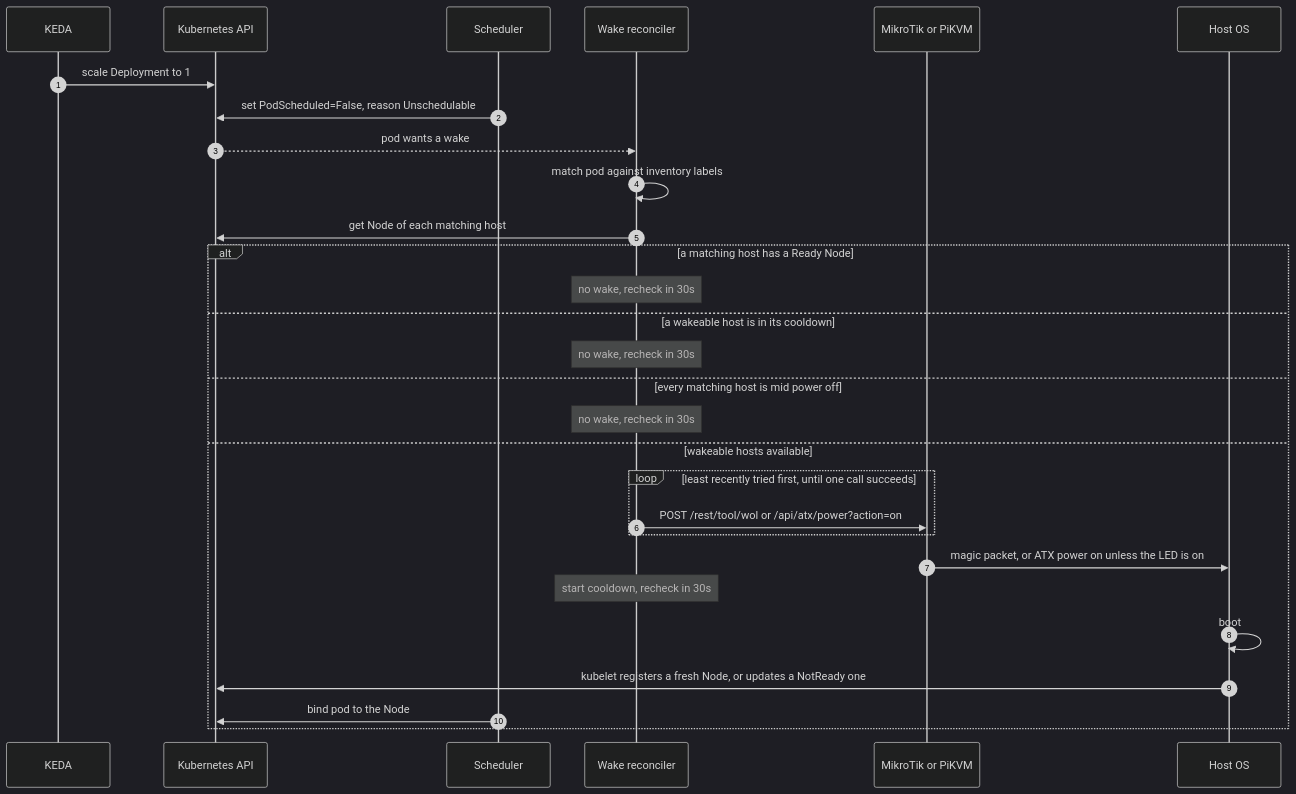
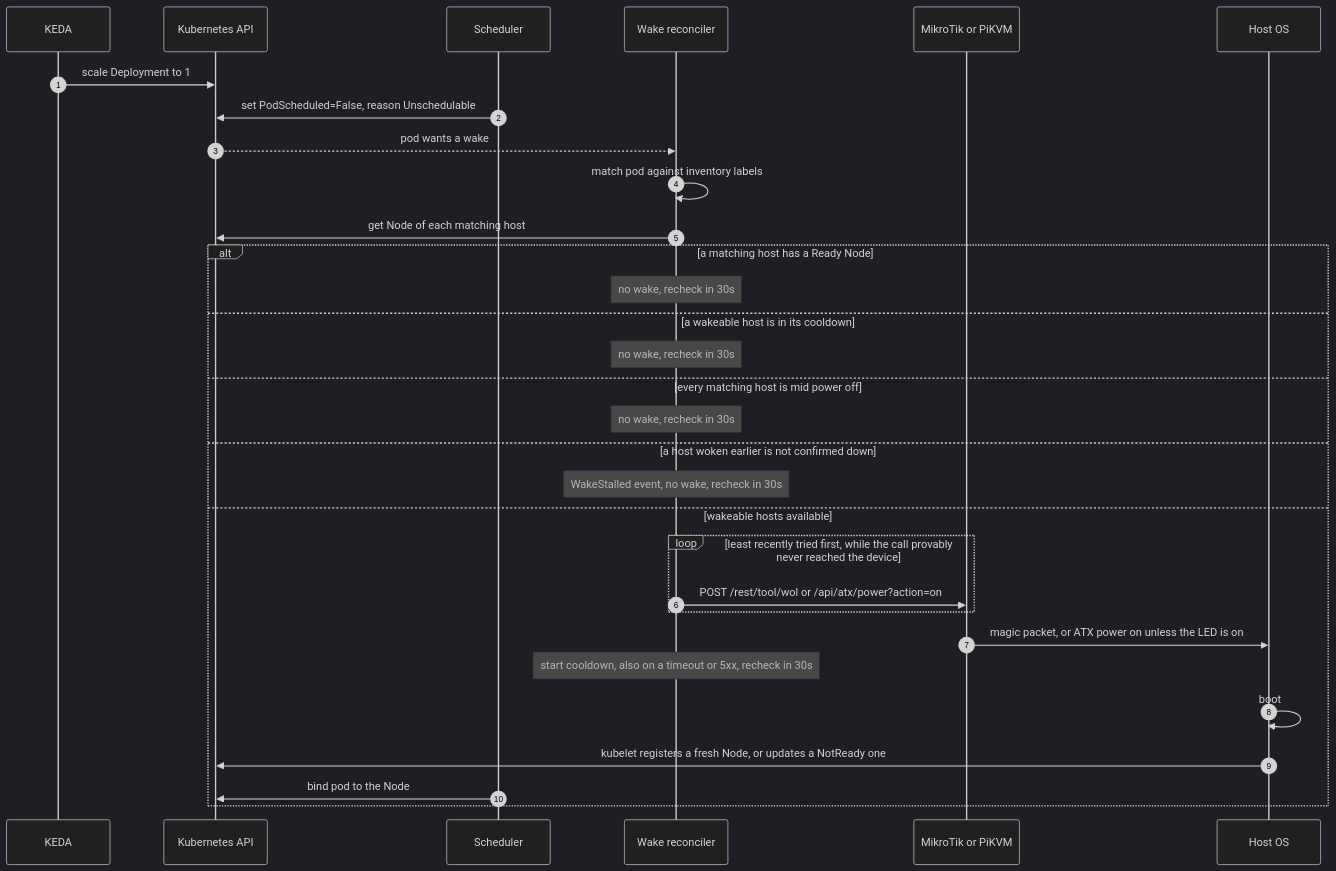
Before and after one commit to kiemlicz/nekromancer: the sixth of 6 diagrams in docs/how-it-works.md, drawn with Mermaid (dark theme). The commit also changed 8 other files, not shown here.

First line of the commit message:
Never wake a second host while the first may be coming up

````diff
--- a/docs/how-it-works.md
+++ b/docs/how-it-works.md
@@ -194,33 +194,35 @@
 ```mermaid
 sequenceDiagram
     autonumber
     participant KEDA
     participant API as Kubernetes API
     participant Sched as Scheduler
     participant WR as Wake reconciler
     participant Prov as MikroTik or PiKVM
     participant Host as Host OS
 
     KEDA->>API: scale Deployment to 1
     Sched->>API: set PodScheduled=False, reason Unschedulable
     API-->>WR: pod wants a wake
     WR->>WR: match pod against inventory labels
     WR->>API: get Node of each matching host
 
     alt a matching host has a Ready Node
         Note over WR: no wake, recheck in 30s
     else a wakeable host is in its cooldown
         Note over WR: no wake, recheck in 30s
     else every matching host is mid power off
         Note over WR: no wake, recheck in 30s
+    else a host woken earlier is not confirmed down
+        Note over WR: WakeStalled event, no wake, recheck in 30s
     else wakeable hosts available
-        loop least recently tried first, until one call succeeds
+        loop least recently tried first, while the call provably never reached the device
             WR->>Prov: POST /rest/tool/wol or /api/atx/power?action=on
         end
         Prov->>Host: magic packet, or ATX power on unless the LED is on
-        Note over WR: start cooldown, recheck in 30s
+        Note over WR: start cooldown, also on a timeout or 5xx, recheck in 30s
         Host->>Host: boot
         Host->>API: kubelet registers a fresh Node, or updates a NotReady one
         Sched->>API: bind pod to the Node
     end
 ```
````
